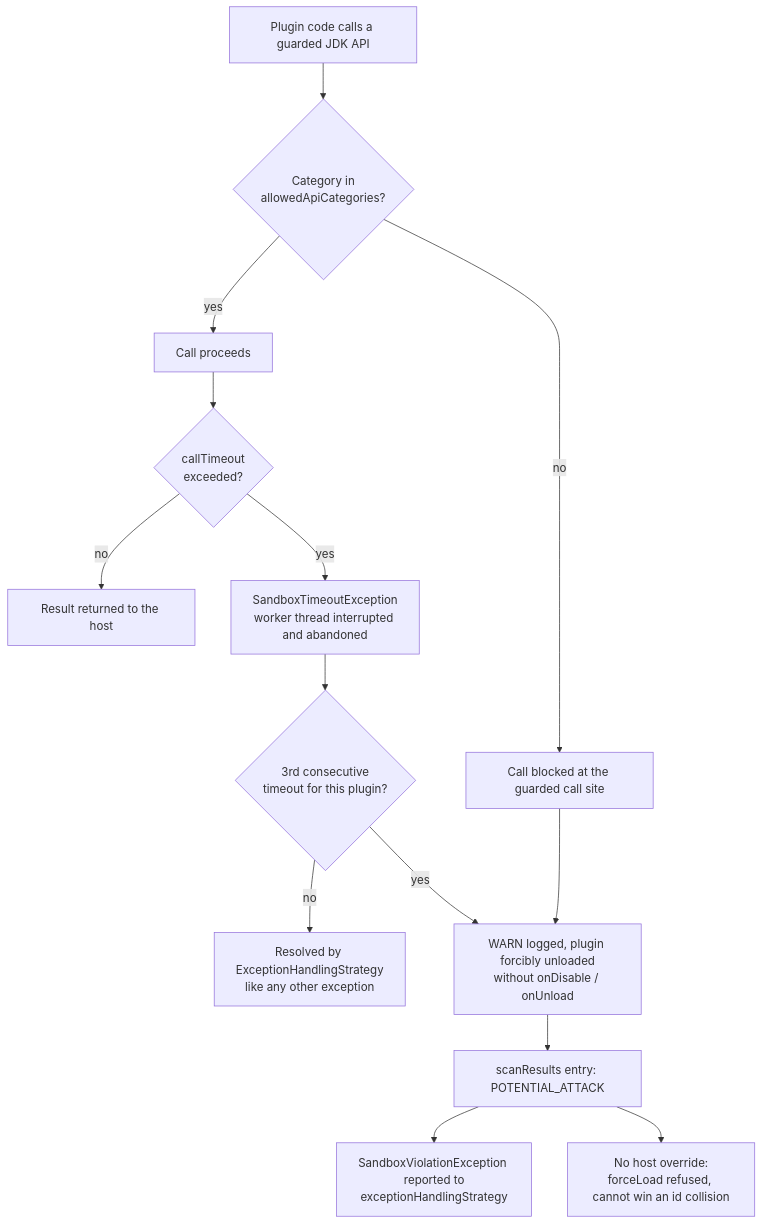
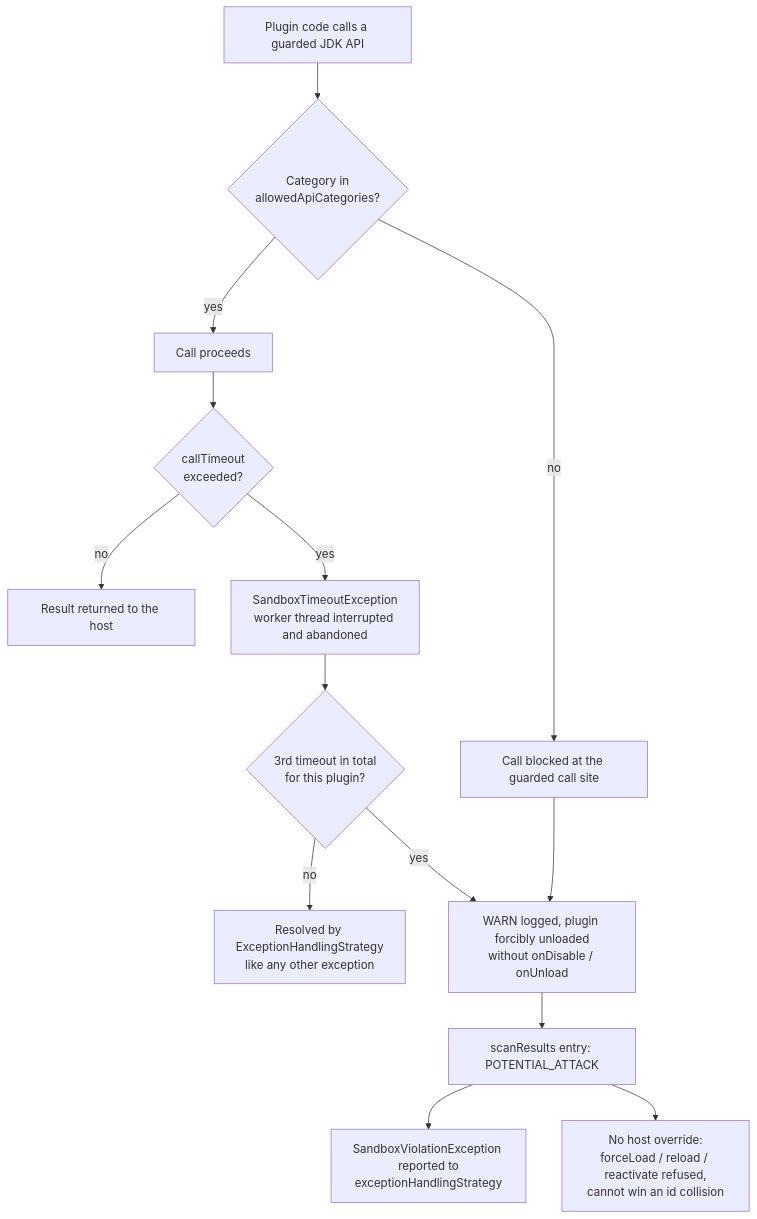
The first of 2 diagrams in docs/docs/host-integration/sandbox.md (KleinerHacker/pluggiat), drawn with Mermaid before and after one commit. The commit also changed other lines of this file and 84 other files, not shown here.

````diff
--- a/docs/docs/host-integration/sandbox.md
+++ b/docs/docs/host-integration/sandbox.md
@@ -104,18 +111,18 @@
 ```mermaid
 flowchart TD
     Call["Plugin code calls a guarded JDK API"] --> Guard{"Category in<br/>allowedApiCategories?"}
     Guard -->|yes| Run["Call proceeds"]
     Guard -->|no| Block["Call blocked at the guarded call site"]
 
     Run --> Timeout{"callTimeout<br/>exceeded?"}
     Timeout -->|no| Done["Result returned to the host"]
     Timeout -->|yes| TEx["SandboxTimeoutException<br/>worker thread interrupted and abandoned"]
-    TEx --> Count{"3rd consecutive<br/>timeout for this plugin?"}
+    TEx --> Count{"3rd timeout in total<br/>for this plugin?"}
     Count -->|no| Strategy["Resolved by ExceptionHandlingStrategy<br/>like any other exception"]
     Count -->|yes| Attack
 
     Block --> Attack["WARN logged, plugin forcibly unloaded<br/>without onDisable / onUnload"]
     Attack --> Status["scanResults entry: POTENTIAL_ATTACK"]
     Status --> Notify["SandboxViolationException reported to<br/>exceptionHandlingStrategy"]
-    Status --> NoOverride["No host override:<br/>forceLoad refused, cannot win an id collision"]
+    Status --> NoOverride["No host override:<br/>forceLoad / reload / reactivate refused,<br/>cannot win an id collision"]
 ```
````
